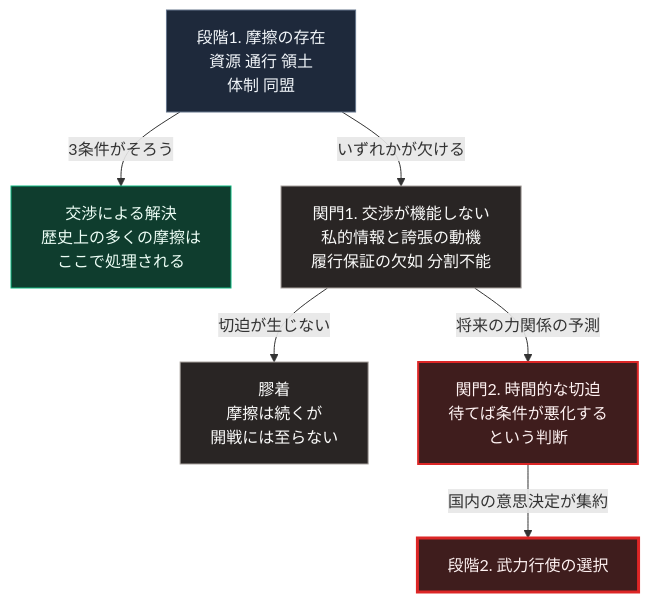
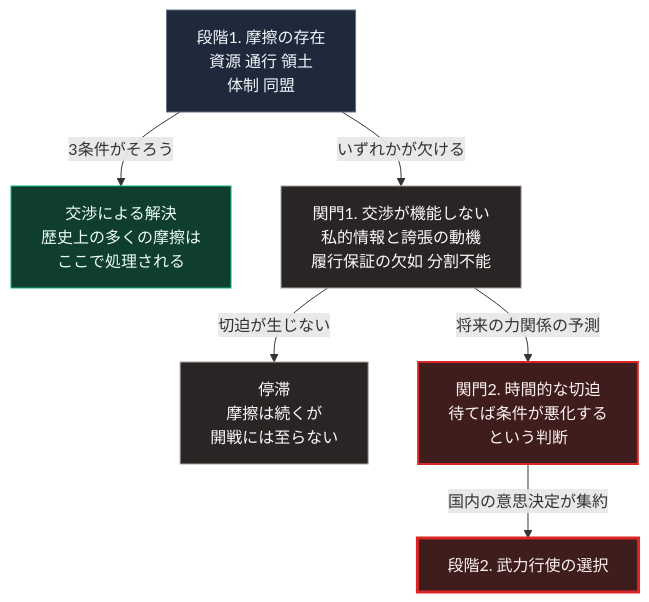
Before and after one commit to Takenori-Kusaka/zenn-content: the diagram in books/sovereign-resilience-blueprint/war-why-states-fight.md, drawn with Mermaid. The commit also changed 15 other files, not shown here.

````diff
--- a/books/sovereign-resilience-blueprint/war-why-states-fight.md
+++ b/books/sovereign-resilience-blueprint/war-why-states-fight.md
@@ -61,16 +61,16 @@
 ```mermaid
 flowchart TD
     A[段階1. 摩擦の存在<br>資源 通行 領土<br>体制 同盟]
     A -->|3条件がそろう| X[交渉による解決<br>歴史上の多くの摩擦は<br>ここで処理される]
     A -->|いずれかが欠ける| B[関門1. 交渉が機能しない<br>私的情報と誇張の動機<br>履行保証の欠如 分割不能]
-    B -->|切迫が生じない| Y[膠着<br>摩擦は続くが<br>開戦には至らない]
+    B -->|切迫が生じない| Y[停滞<br>摩擦は続くが<br>開戦には至らない]
     B -->|将来の力関係の予測| C[関門2. 時間的な切迫<br>待てば条件が悪化する<br>という判断]
     C -->|国内の意思決定が集約| D[段階2. 武力行使の選択]
 
     style A fill:#1e293b,stroke:#64748b,color:#f1f5f9
     style X fill:#0f3d2e,stroke:#10b981,color:#ecfdf5
     style B fill:#292524,stroke:#a8a29e,color:#fafaf9
     style Y fill:#292524,stroke:#a8a29e,color:#fafaf9
     style C fill:#3f1d1d,stroke:#dc2626,stroke-width:2px,color:#fef2f2
     style D fill:#3f1d1d,stroke:#dc2626,stroke-width:3px,color:#fef2f2
 ```
````
